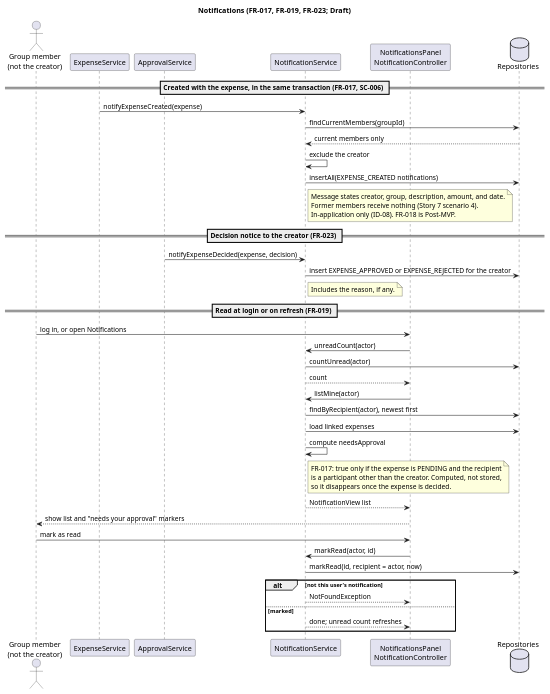
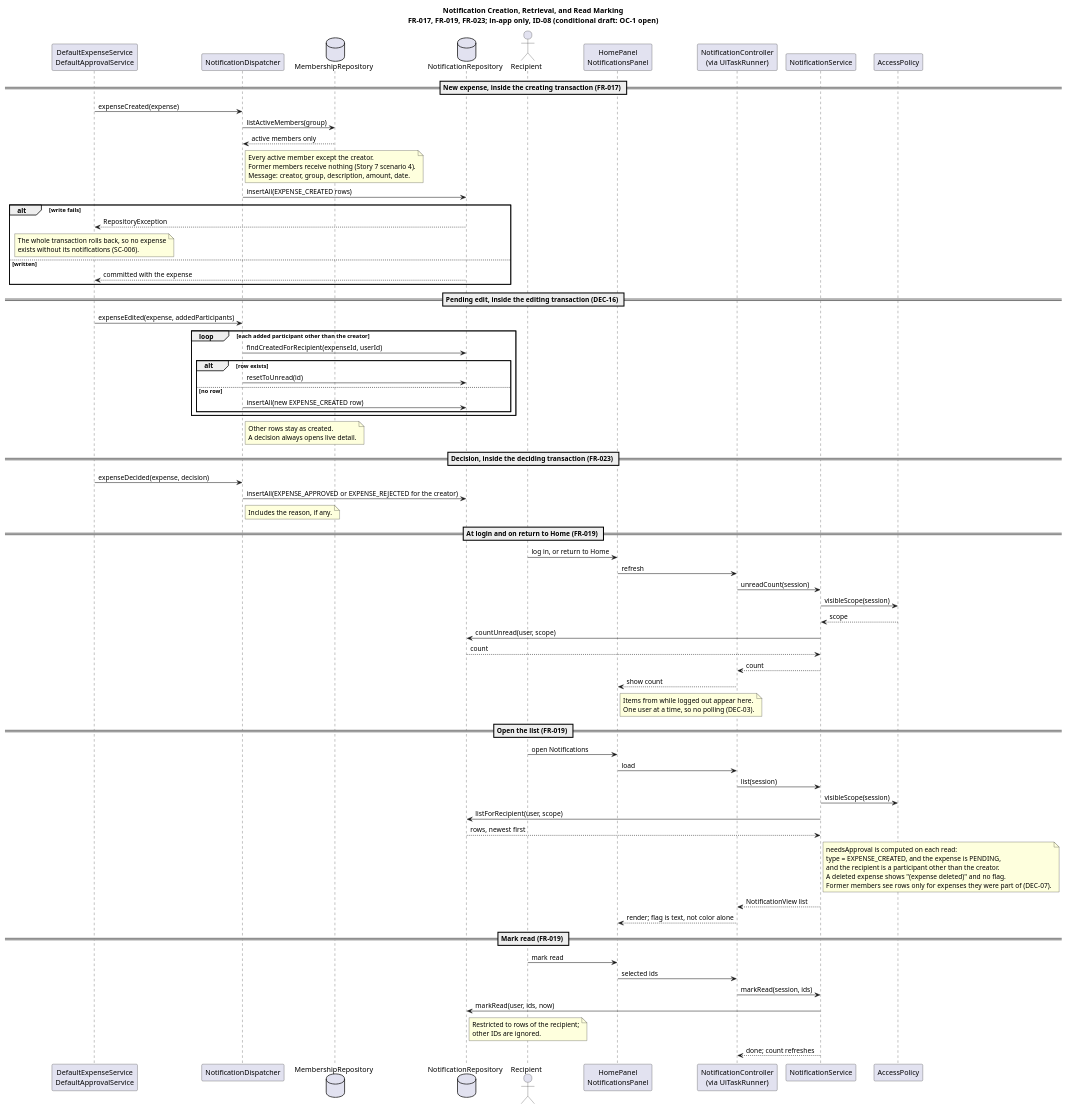
Before and after one commit to SWEDanielRaskin/cis285-lab6: the diagram in docs/uml/notification-sequence.puml, drawn with PlantUML. The commit also changed 48 other files, not shown here.

```diff
--- a/docs/uml/notification-sequence.puml
+++ b/docs/uml/notification-sequence.puml
@@ -1,57 +1,87 @@
 @startuml notification-sequence
-' Status: Draft. AI-generated; not human reviewed (Constitution Principle VII).
-' Syntax not yet checked: PlantUML is not available on the authoring machine.
-' Written design: specs/001-splitsmart-expense-sharing/contracts/service-contracts.md
-title Notifications (FR-017, FR-019, FR-023; Draft)
+' Status: Draft - Reconciliation Incomplete. AI-reconciled; not human reviewed (Principle VII).
+' Written source: contracts/service-contracts.md, DEC-16, DEC-17
+title Notification Creation, Retrieval, and Read Marking\nFR-017, FR-019, FR-023; in-app only, ID-08 (conditional draft: OC-1 open)
 
-actor "Group member\n(not the creator)" as Member
-participant ExpenseService
-participant ApprovalService
-participant NotificationService
-participant "NotificationsPanel\nNotificationController" as NotificationUi
-database Repositories
+participant "DefaultExpenseService\nDefaultApprovalService" as Caller
+participant "NotificationDispatcher" as Disp
+database "MembershipRepository" as Members
+database "NotificationRepository" as Repo
+actor "Recipient" as User
+participant "HomePanel\nNotificationsPanel" as Panel
+participant "NotificationController\n(via UiTaskRunner)" as Ctrl
+participant "NotificationService" as Svc
+participant "AccessPolicy" as Access
 
-== Created with the expense, in the same transaction (FR-017, SC-006) ==
-ExpenseService -> NotificationService : notifyExpenseCreated(expense)
-NotificationService -> Repositories : findCurrentMembers(groupId)
-Repositories --> NotificationService : current members only
-NotificationService -> NotificationService : exclude the creator
-NotificationService -> Repositories : insertAll(EXPENSE_CREATED notifications)
-note right of NotificationService
-  Message states creator, group, description, amount, and date.
+== New expense, inside the creating transaction (FR-017) ==
+Caller -> Disp : expenseCreated(expense)
+Disp -> Members : listActiveMembers(group)
+Members --> Disp : active members only
+note right of Disp
+  Every active member except the creator.
   Former members receive nothing (Story 7 scenario 4).
-  In-application only (ID-08). FR-018 is Post-MVP.
+  Message: creator, group, description, amount, date.
 end note
-
-== Decision notice to the creator (FR-023) ==
-ApprovalService -> NotificationService : notifyExpenseDecided(expense, decision)
-NotificationService -> Repositories : insert EXPENSE_APPROVED or EXPENSE_REJECTED for the creator
-note right of NotificationService : Includes the reason, if any.
-
-== Read at login or on refresh (FR-019) ==
-Member -> NotificationUi : log in, or open Notifications
-NotificationUi -> NotificationService : unreadCount(actor)
-NotificationService -> Repositories : countUnread(actor)
-NotificationService --> NotificationUi : count
-NotificationUi -> NotificationService : listMine(actor)
-NotificationService -> Repositories : findByRecipient(actor), newest first
-NotificationService -> Repositories : load linked expenses
-NotificationService -> NotificationService : compute needsApproval
-note right of NotificationService
-  FR-017: true only if the expense is PENDING and the recipient
-  is a participant other than the creator. Computed, not stored,
-  so it disappears once the expense is decided.
-end note
-NotificationService --> NotificationUi : NotificationView list
-NotificationUi --> Member : show list and "needs your approval" markers
-
-Member -> NotificationUi : mark as read
-NotificationUi -> NotificationService : markRead(actor, id)
-NotificationService -> Repositories : markRead(id, recipient = actor, now)
-alt not this user's notification
-  NotificationService --> NotificationUi : NotFoundException
-else marked
-  NotificationService --> NotificationUi : done; unread count refreshes
+Disp -> Repo : insertAll(EXPENSE_CREATED rows)
+alt write fails
+  Repo --> Caller : RepositoryException
+  note over Caller : The whole transaction rolls back, so no expense\nexists without its notifications (SC-006).
+else written
+  Repo --> Caller : committed with the expense
 end
 
+== Pending edit, inside the editing transaction (DEC-16) ==
+Caller -> Disp : expenseEdited(expense, addedParticipants)
+loop each added participant other than the creator
+  Disp -> Repo : findCreatedForRecipient(expenseId, userId)
+  alt row exists
+    Disp -> Repo : resetToUnread(id)
+  else no row
+    Disp -> Repo : insertAll(new EXPENSE_CREATED row)
+  end
+end
+note right of Disp : Other rows stay as created.\nA decision always opens live detail.
+
+== Decision, inside the deciding transaction (FR-023) ==
+Caller -> Disp : expenseDecided(expense, decision)
+Disp -> Repo : insertAll(EXPENSE_APPROVED or EXPENSE_REJECTED for the creator)
+note right of Disp : Includes the reason, if any.
+
+== At login and on return to Home (FR-019) ==
+User -> Panel : log in, or return to Home
+Panel -> Ctrl : refresh
+Ctrl -> Svc : unreadCount(session)
+Svc -> Access : visibleScope(session)
+Access --> Svc : scope
+Svc -> Repo : countUnread(user, scope)
+Repo --> Svc : count
+Svc --> Ctrl : count
+Ctrl --> Panel : show count
+note right of Panel : Items from while logged out appear here.\nOne user at a time, so no polling (DEC-03).
+
+== Open the list (FR-019) ==
+User -> Panel : open Notifications
+Panel -> Ctrl : load
+Ctrl -> Svc : list(session)
+Svc -> Access : visibleScope(session)
+Svc -> Repo : listForRecipient(user, scope)
+Repo --> Svc : rows, newest first
+note right of Svc
+  needsApproval is computed on each read:
+  type = EXPENSE_CREATED, and the expense is PENDING,
+  and the recipient is a participant other than the creator.
+  A deleted expense shows "(expense deleted)" and no flag.
+  Former members see rows only for expenses they were part of (DEC-07).
+end note
+Svc --> Ctrl : NotificationView list
+Ctrl --> Panel : render; flag is text, not color alone
+
+== Mark read (FR-019) ==
+User -> Panel : mark read
+Panel -> Ctrl : selected ids
+Ctrl -> Svc : markRead(session, ids)
+Svc -> Repo : markRead(user, ids, now)
+note right of Repo : Restricted to rows of the recipient;\nother IDs are ignored.
+Svc --> Ctrl : done; count refreshes
+
 @enduml
```
